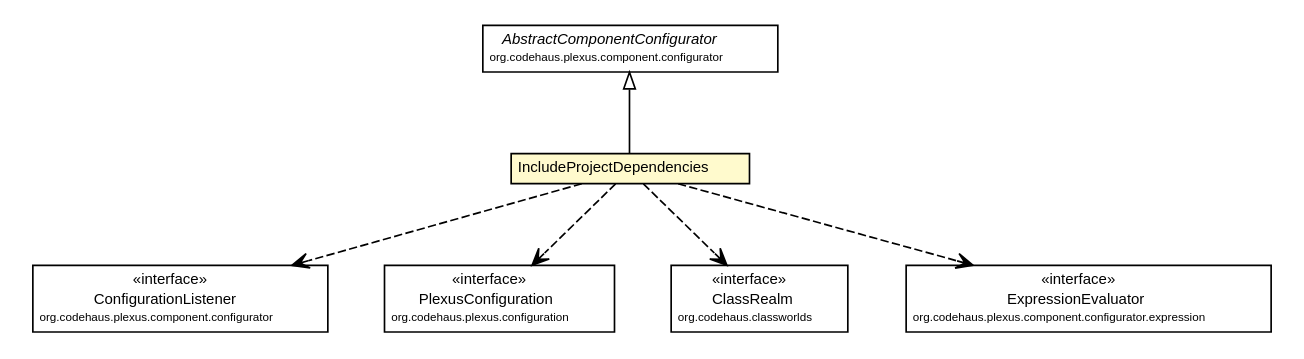
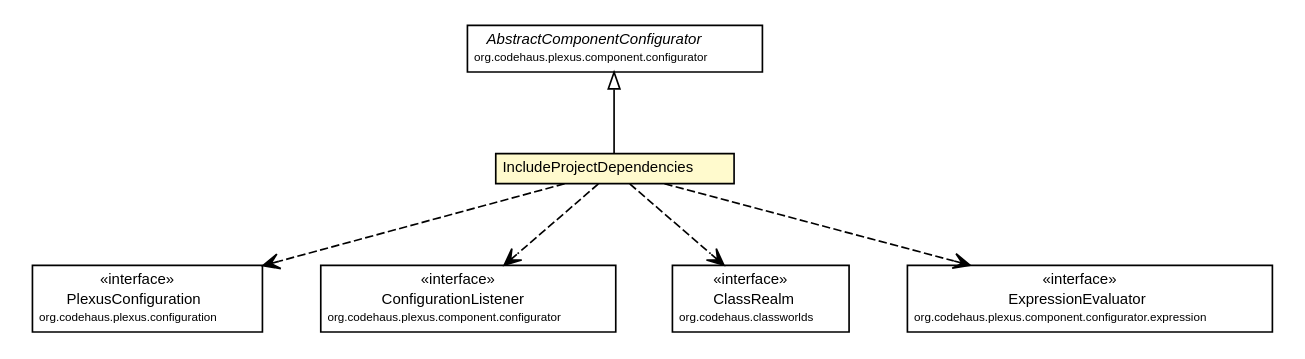
Before and after one commit to synchronoss/cpo-api: the diagram in site/apidocs/org/synchronoss/cpo/plugin/IncludeProjectDependencies.dot, drawn with Graphviz. The commit also changed 886 other files, not shown here.

```diff
--- a/site/apidocs/org/synchronoss/cpo/plugin/IncludeProjectDependencies.dot
+++ b/site/apidocs/org/synchronoss/cpo/plugin/IncludeProjectDependencies.dot
@@ -1,65 +1,65 @@
 #!/usr/local/bin/dot
 #
 # Class diagram 
 # Generated by UmlGraph version 4.6 (http://www.spinellis.gr/sw/umlgraph)
 #
 
 digraph G {
 	edge [fontname="Helvetica",fontsize=10,labelfontname="Helvetica",labelfontsize=10];
 	node [fontname="Helvetica",fontsize=10,shape=plaintext];
 	// org.synchronoss.cpo.plugin.IncludeProjectDependencies
 	c53834 [label=<<table border="0" cellborder="1" cellspacing="0" cellpadding="2" port="p" bgcolor="lemonChiffon" href="./IncludeProjectDependencies.html">
 		<tr><td><table border="0" cellspacing="0" cellpadding="1">
 			<tr><td> IncludeProjectDependencies </td></tr>
 		</table></td></tr>
 		</table>>, fontname="Helvetica", fontcolor="black", fontsize=9.0];
 	//org.synchronoss.cpo.plugin.IncludeProjectDependencies extends org.codehaus.plexus.component.configurator.AbstractComponentConfigurator
 	c53839:p -> c53834:p [dir=back,arrowtail=empty];
+	// org.synchronoss.cpo.plugin.IncludeProjectDependencies DEPEND org.codehaus.plexus.configuration.PlexusConfiguration
+	c53834:p -> c53840:p [taillabel="", label="", headlabel="", fontname="Helvetica", fontcolor="black", fontsize=10.0, color="black", arrowhead=open, style=dashed];
 	// org.synchronoss.cpo.plugin.IncludeProjectDependencies DEPEND org.codehaus.plexus.component.configurator.ConfigurationListener
-	c53834:p -> c53840:p [taillabel="", label="", headlabel="", fontname="Helvetica", fontcolor="black", fontsize=10.0, color="black", arrowhead=open, style=dashed];
-	// org.synchronoss.cpo.plugin.IncludeProjectDependencies DEPEND org.codehaus.plexus.configuration.PlexusConfiguration
 	c53834:p -> c53841:p [taillabel="", label="", headlabel="", fontname="Helvetica", fontcolor="black", fontsize=10.0, color="black", arrowhead=open, style=dashed];
 	// org.synchronoss.cpo.plugin.IncludeProjectDependencies DEPEND org.codehaus.classworlds.ClassRealm
 	c53834:p -> c53844:p [taillabel="", label="", headlabel="", fontname="Helvetica", fontcolor="black", fontsize=10.0, color="black", arrowhead=open, style=dashed];
 	// org.synchronoss.cpo.plugin.IncludeProjectDependencies DEPEND org.codehaus.plexus.component.configurator.expression.ExpressionEvaluator
 	c53834:p -> c53845:p [taillabel="", label="", headlabel="", fontname="Helvetica", fontcolor="black", fontsize=10.0, color="black", arrowhead=open, style=dashed];
 	// org.codehaus.classworlds.ClassRealm
 	c53844 [label=<<table border="0" cellborder="1" cellspacing="0" cellpadding="2" port="p" href="http://java.sun.com/j2se/1.4.2/docs/api/org/codehaus/classworlds/ClassRealm.html">
 		<tr><td><table border="0" cellspacing="0" cellpadding="1">
 			<tr><td> &laquo;interface&raquo; </td></tr>
 			<tr><td> ClassRealm </td></tr>
 			<tr><td><font point-size="7.0"> org.codehaus.classworlds </font></td></tr>
 		</table></td></tr>
 		</table>>, fontname="Helvetica", fontcolor="black", fontsize=9.0];
 	// org.codehaus.plexus.component.configurator.expression.ExpressionEvaluator
 	c53845 [label=<<table border="0" cellborder="1" cellspacing="0" cellpadding="2" port="p" href="http://java.sun.com/j2se/1.4.2/docs/api/org/codehaus/plexus/component/configurator/expression/ExpressionEvaluator.html">
 		<tr><td><table border="0" cellspacing="0" cellpadding="1">
 			<tr><td> &laquo;interface&raquo; </td></tr>
 			<tr><td> ExpressionEvaluator </td></tr>
 			<tr><td><font point-size="7.0"> org.codehaus.plexus.component.configurator.expression </font></td></tr>
 		</table></td></tr>
 		</table>>, fontname="Helvetica", fontcolor="black", fontsize=9.0];
 	// org.codehaus.plexus.component.configurator.AbstractComponentConfigurator
 	c53839 [label=<<table border="0" cellborder="1" cellspacing="0" cellpadding="2" port="p" href="http://java.sun.com/j2se/1.4.2/docs/api/org/codehaus/plexus/component/configurator/AbstractComponentConfigurator.html">
 		<tr><td><table border="0" cellspacing="0" cellpadding="1">
 			<tr><td><font face="Helvetica-Oblique"> AbstractComponentConfigurator </font></td></tr>
 			<tr><td><font point-size="7.0"> org.codehaus.plexus.component.configurator </font></td></tr>
 		</table></td></tr>
 		</table>>, fontname="Helvetica", fontcolor="black", fontsize=9.0];
 	// org.codehaus.plexus.component.configurator.ConfigurationListener
-	c53840 [label=<<table border="0" cellborder="1" cellspacing="0" cellpadding="2" port="p" href="http://java.sun.com/j2se/1.4.2/docs/api/org/codehaus/plexus/component/configurator/ConfigurationListener.html">
+	c53841 [label=<<table border="0" cellborder="1" cellspacing="0" cellpadding="2" port="p" href="http://java.sun.com/j2se/1.4.2/docs/api/org/codehaus/plexus/component/configurator/ConfigurationListener.html">
 		<tr><td><table border="0" cellspacing="0" cellpadding="1">
 			<tr><td> &laquo;interface&raquo; </td></tr>
 			<tr><td> ConfigurationListener </td></tr>
 			<tr><td><font point-size="7.0"> org.codehaus.plexus.component.configurator </font></td></tr>
 		</table></td></tr>
 		</table>>, fontname="Helvetica", fontcolor="black", fontsize=9.0];
 	// org.codehaus.plexus.configuration.PlexusConfiguration
-	c53841 [label=<<table border="0" cellborder="1" cellspacing="0" cellpadding="2" port="p" href="http://java.sun.com/j2se/1.4.2/docs/api/org/codehaus/plexus/configuration/PlexusConfiguration.html">
+	c53840 [label=<<table border="0" cellborder="1" cellspacing="0" cellpadding="2" port="p" href="http://java.sun.com/j2se/1.4.2/docs/api/org/codehaus/plexus/configuration/PlexusConfiguration.html">
 		<tr><td><table border="0" cellspacing="0" cellpadding="1">
 			<tr><td> &laquo;interface&raquo; </td></tr>
 			<tr><td> PlexusConfiguration </td></tr>
 			<tr><td><font point-size="7.0"> org.codehaus.plexus.configuration </font></td></tr>
 		</table></td></tr>
 		</table>>, fontname="Helvetica", fontcolor="black", fontsize=9.0];
 }
```
